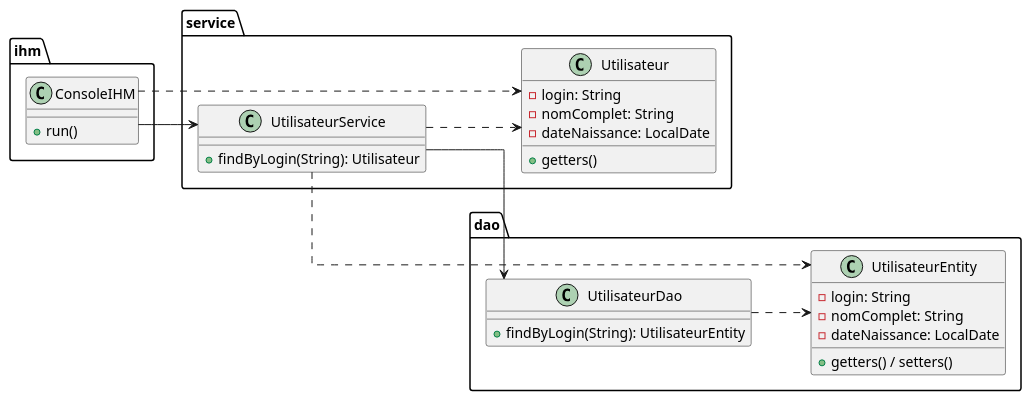
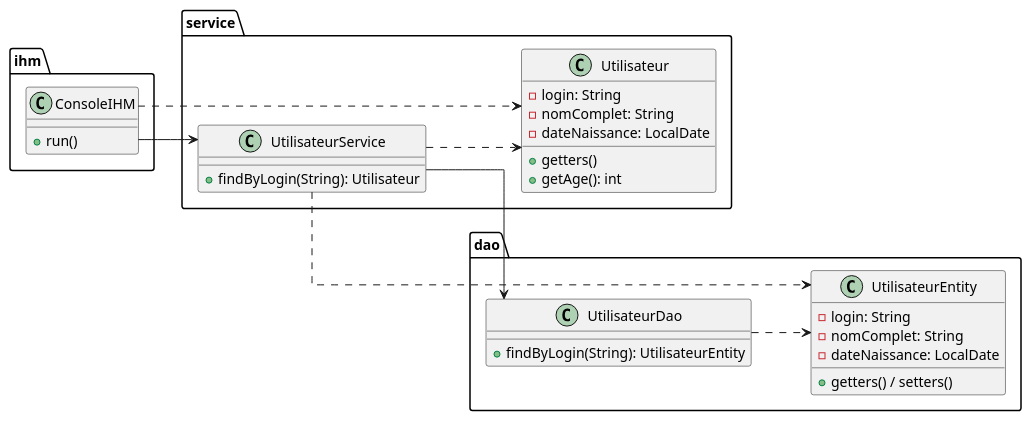
The diagram in exemples/layers/strict/class_diagram.puml (gronono/cours-genie-logiciel), drawn with PlantUML before and after one commit. The commit also changed 8 other files, not shown here.

```diff
--- a/exemples/layers/strict/class_diagram.puml
+++ b/exemples/layers/strict/class_diagram.puml
@@ -1,44 +1,45 @@
 @startuml
 left to right direction
 
 skinparam linetype ortho
 
 package dao {
   class UtilisateurEntity {
     -login: String
     -nomComplet: String
     -dateNaissance: LocalDate
     +getters() / setters()
   }
 
   class UtilisateurDao {
     +findByLogin(String): UtilisateurEntity
   }
   UtilisateurDao ..> UtilisateurEntity
 }
 
 package service {
   class Utilisateur {
     -login: String
     -nomComplet: String
     -dateNaissance: LocalDate
     +getters()
+    +getAge(): int
   }
 
   class UtilisateurService {
     +findByLogin(String): Utilisateur
   }
   UtilisateurService --> UtilisateurDao
   UtilisateurService ..> UtilisateurEntity
   UtilisateurService ..> Utilisateur
 }
 
 package ihm {
     class ConsoleIHM {
         +run()
     }
     ConsoleIHM --> UtilisateurService
     ConsoleIHM ..> Utilisateur
 }
 
 @enduml
```
